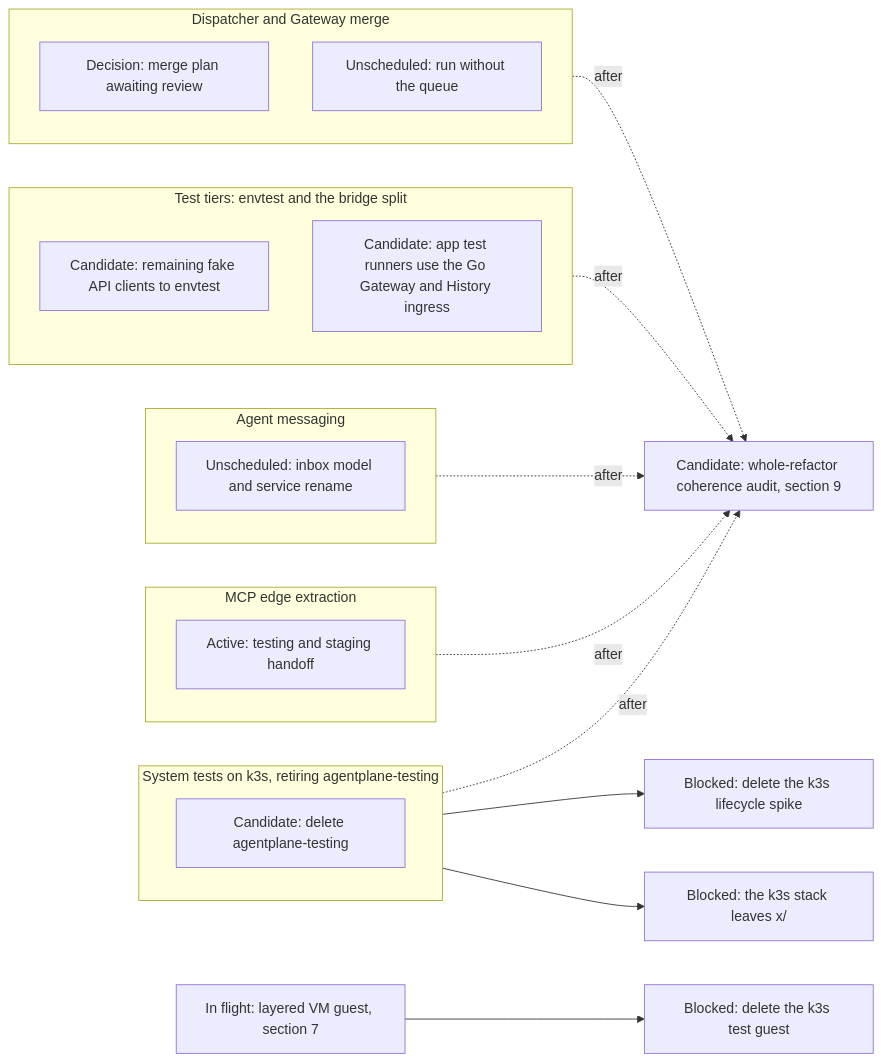
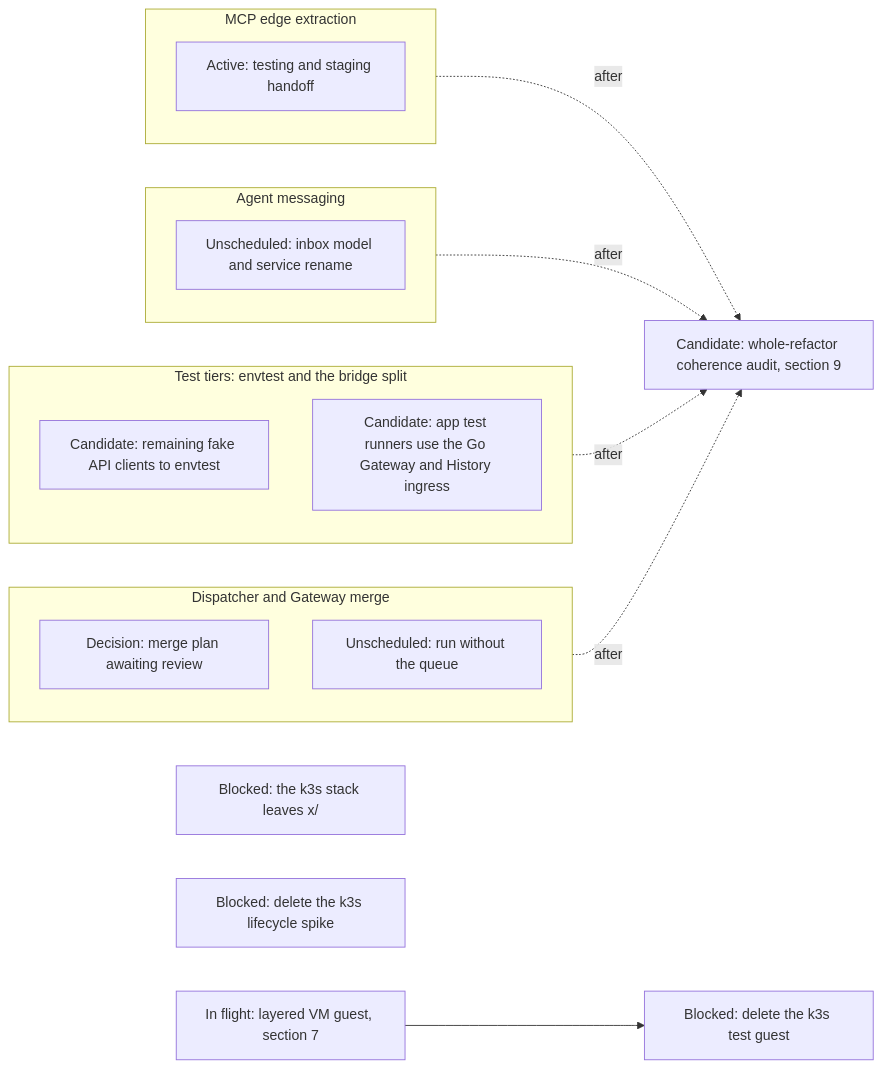
One commit to agentydragon-agent/ducktape changed the first of 18 diagrams in agentplane/plans/task_dag.md. Above: the diagram before and after it, drawn with Mermaid. The commit also changed other lines of this file and 80 other files, not shown here.

````diff
--- a/agentplane/plans/task_dag.md
+++ b/agentplane/plans/task_dag.md
@@ -29,28 +29,24 @@
 ```mermaid
 flowchart LR
     subgraph ACTION_TRACK[MCP edge extraction]
         ACTION_MCP_EDGE_SPLIT[Active: testing and staging handoff]
     end
     subgraph MESSAGING_TRACK[Agent messaging]
         NOTIFICATION_SERVICE_SPLIT[Unscheduled: inbox model and service rename]
-    end
-    subgraph K3S_TRACK[System tests on k3s, retiring agentplane-testing]
-            TESTING_ENVIRONMENT_RETIRE[Candidate: delete agentplane-testing]
     end
     subgraph TIER_TRACK[Test tiers: envtest and the bridge split]
         FAKE_CLIENTS_TO_ENVTEST[Candidate: remaining fake API clients to envtest]
         APP_TEST_RUNNER_FIXTURES_GO[Candidate: app test runners use the Go Gateway and History ingress]
     end
     subgraph DISPATCH_TRACK[Dispatcher and Gateway merge]
         DISPATCHER_PERSISTENCE_MODEL_DESIGN[Decision: merge plan awaiting review]
         DISPATCHER_QUEUE_OPTIONAL[Unscheduled: run without the queue]
     end
-    K3S_TRACK --> K3S_ENV_OUT_OF_X[Blocked: the k3s stack leaves x/]
-    K3S_TRACK --> K3S_SPIKE_TARGETS_RETIRE[Blocked: delete the k3s lifecycle spike]
+    K3S_ENV_OUT_OF_X[Blocked: the k3s stack leaves x/]
+    K3S_SPIKE_TARGETS_RETIRE[Blocked: delete the k3s lifecycle spike]
     RUNNER_LAYERING_VM[In flight: layered VM guest, section 7] --> K3S_TEST_GUEST_RETIRE[Blocked: delete the k3s test guest]
     ACTION_TRACK -. after .-> REFACTOR_COHERENCE_AUDIT[Candidate: whole-refactor coherence audit, section 9]
     MESSAGING_TRACK -. after .-> REFACTOR_COHERENCE_AUDIT
-    K3S_TRACK -. after .-> REFACTOR_COHERENCE_AUDIT
     TIER_TRACK -. after .-> REFACTOR_COHERENCE_AUDIT
     DISPATCH_TRACK -. after .-> REFACTOR_COHERENCE_AUDIT
 ```
````
